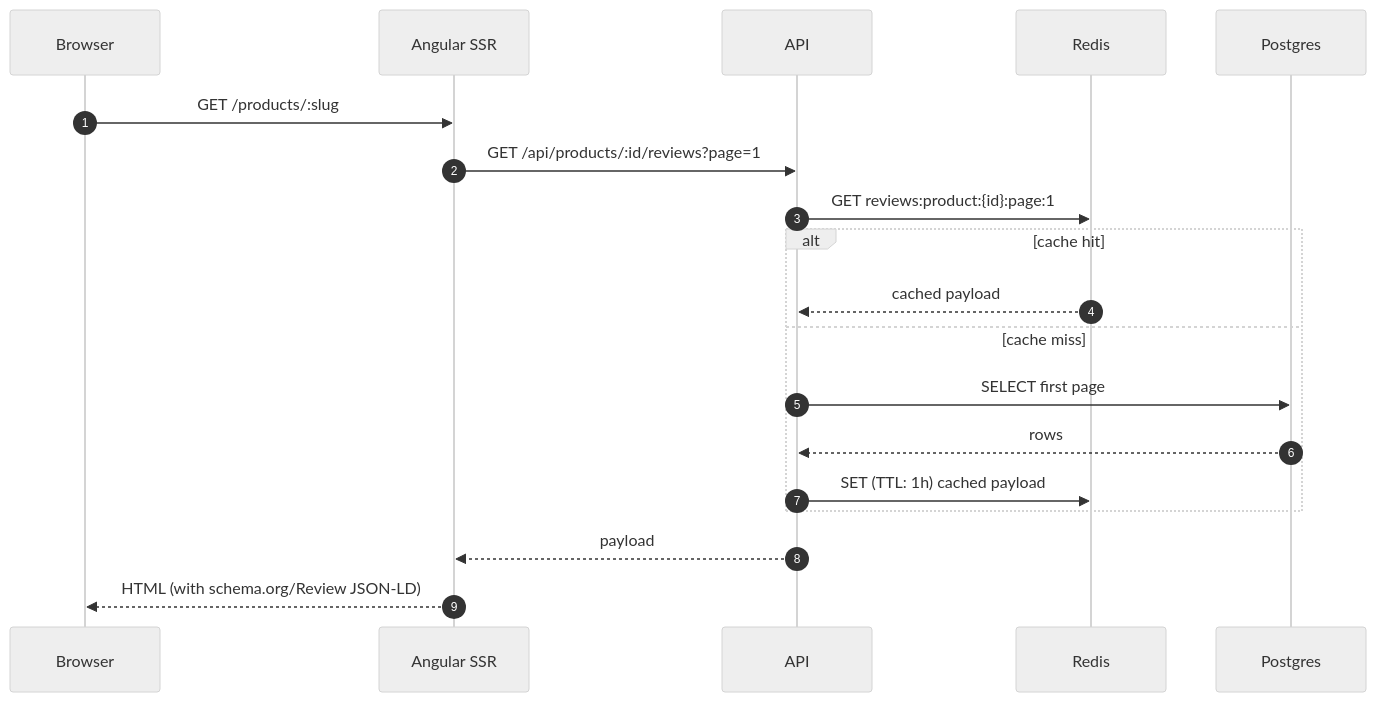
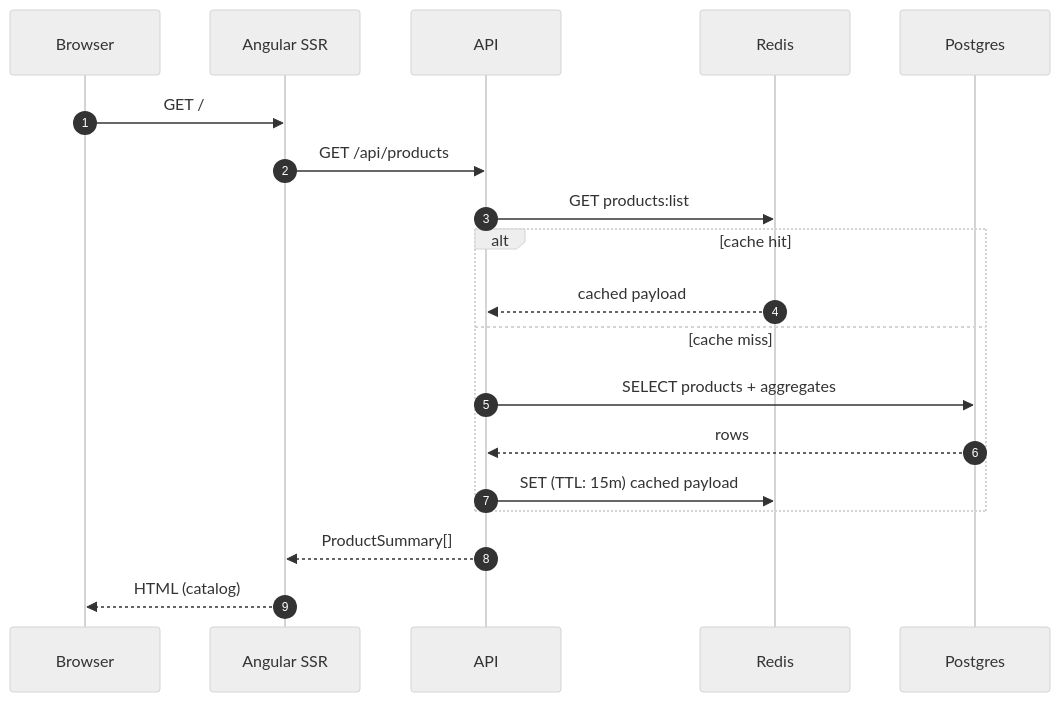
Before and after one commit to KaliCZ/reviews: the third of 12 diagrams in docs/flows.md, drawn with Mermaid (neutral theme). The commit also changed other lines of this file and 1 other file, not shown here.

First line of the commit message:
Rewrite docs/flows.md to match current behavior; add 5 missing flows

````diff
--- a/docs/flows.md
+++ b/docs/flows.md
@@ -35,24 +78,24 @@
 ```mermaid
 sequenceDiagram
     autonumber
     participant B as Browser
     participant S as Angular SSR
     participant A as API
     participant R as Redis
     participant P as Postgres
 
-    B->>S: GET /products/:slug
-    S->>A: GET /api/products/:id/reviews?page=1
-    A->>R: GET reviews:product:{id}:page:1
+    B->>S: GET /
+    S->>A: GET /api/products
+    A->>R: GET products:list
 
     alt cache hit
         R-->>A: cached payload
     else cache miss
-        A->>P: SELECT first page
+        A->>P: SELECT products + aggregates
         P-->>A: rows
-        A->>R: SET (TTL: 1h) cached payload
+        A->>R: SET (TTL: 15m) cached payload
     end
 
-    A-->>S: payload
-    S-->>B: HTML (with schema.org/Review JSON-LD)
+    A-->>S: ProductSummary[]
+    S-->>B: HTML (catalog)
 ```
````
